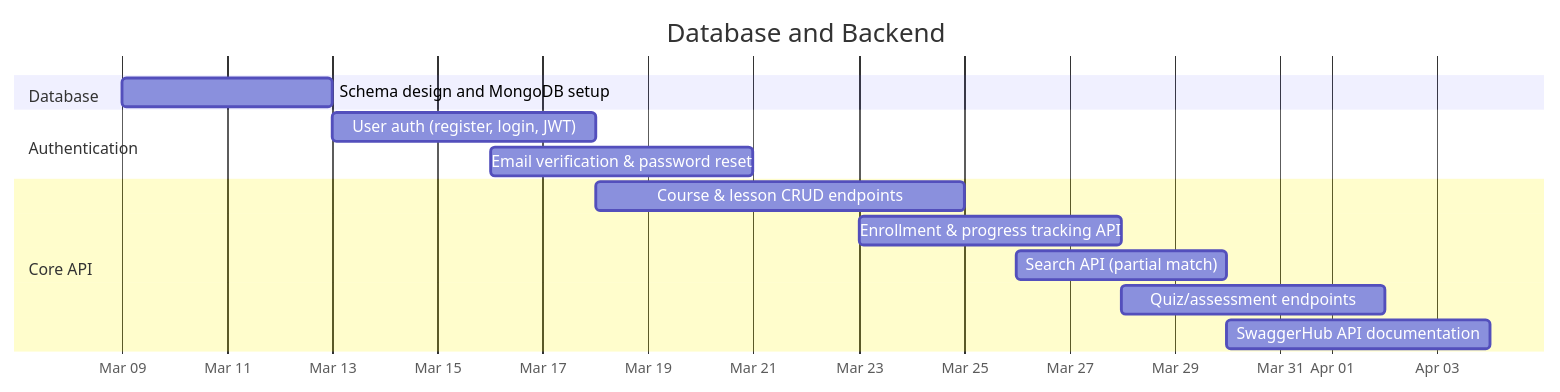
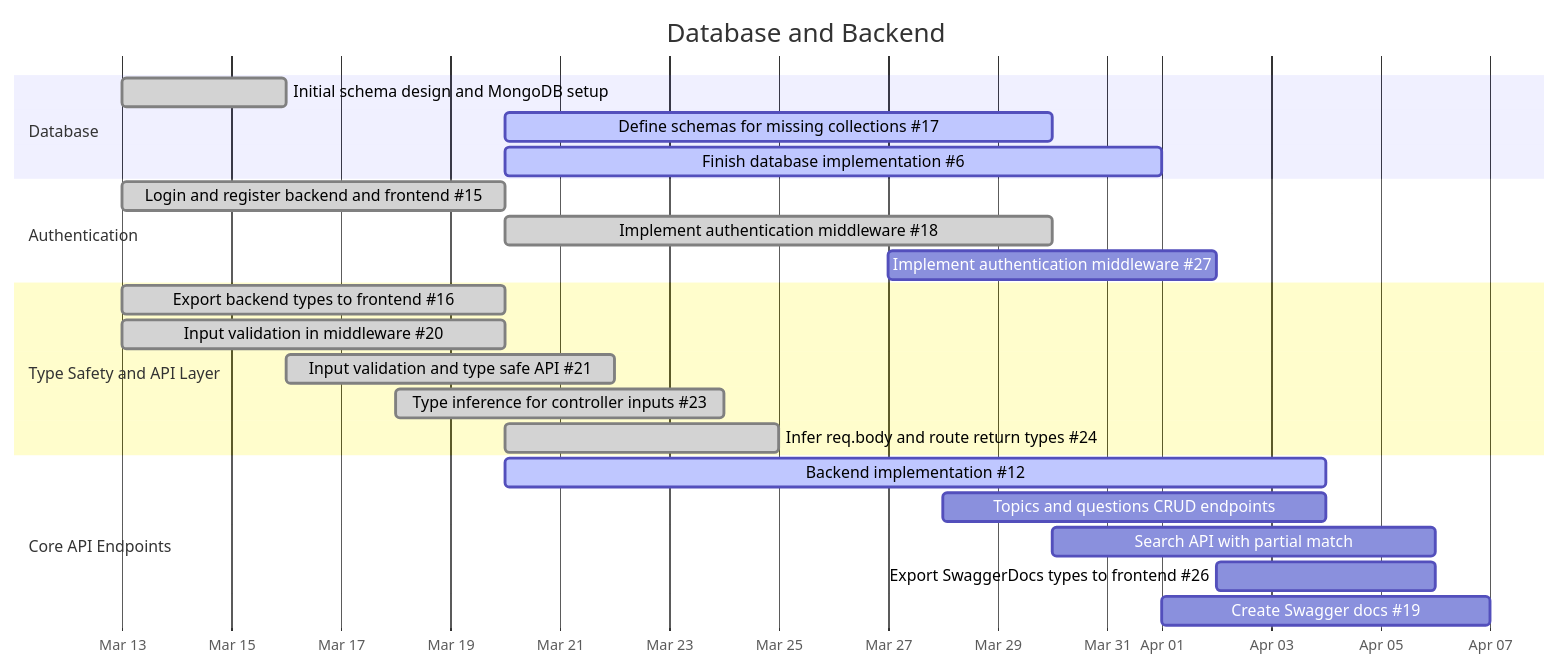
One commit to LuizGomes56/poosd_final_project changed the second of 7 diagrams in GANTT.md. Above: the diagram before and after it, drawn with Mermaid. The commit also changed other lines of this file, not shown here.

Commit message:
updated gantt chart

````diff
--- a/GANTT.md
+++ b/GANTT.md
@@ -31,20 +45,30 @@
 ```mermaid
 gantt
     title Database and Backend
     dateFormat  YYYY-MM-DD
     axisFormat  %b %d
 
     section Database
-    Schema design and MongoDB setup      :        db1, 2026-03-09, 2026-03-13
+    Initial schema design and MongoDB setup        :done,   db1, 2026-03-13, 2026-03-16
+    Define schemas for missing collections #17     :active, db2, 2026-03-20, 2026-03-30
+    Finish database implementation #6              :active, db3, 2026-03-20, 2026-04-01
 
     section Authentication
-    User auth (register, login, JWT)     :        be1, 2026-03-13, 2026-03-18
-    Email verification & password reset  :        be2, 2026-03-16, 2026-03-21
+    Login and register backend and frontend #15    :done,   be1, 2026-03-13, 2026-03-20
+    Implement authentication middleware #18        :done, be2, 2026-03-20, 2026-03-30
+    Implement authentication middleware #27        :active        be3, 2026-03-27, 2026-04-02
 
-    section Core API
-    Course & lesson CRUD endpoints       :        be3, 2026-03-18, 2026-03-25
-    Enrollment & progress tracking API   :        be4, 2026-03-23, 2026-03-28
-    Search API (partial match)           :        be5, 2026-03-26, 2026-03-30
-    Quiz/assessment endpoints            :        be6, 2026-03-28, 2026-04-02
-    SwaggerHub API documentation         :        be7, 2026-03-30, 2026-04-04
+    section Type Safety and API Layer
+    Export backend types to frontend #16           :done,   ts1, 2026-03-13, 2026-03-20
+    Input validation in middleware #20             :done,   ts2, 2026-03-13, 2026-03-20
+    Input validation and type safe API #21         :done,   ts3, 2026-03-16, 2026-03-22
+    Type inference for controller inputs #23       :done,   ts4, 2026-03-18, 2026-03-24
+    Infer req.body and route return types #24      :done,   ts5, 2026-03-20, 2026-03-25
+
+    section Core API Endpoints
+    Backend implementation #12                    :active, be4, 2026-03-20, 2026-04-04
+    Topics and questions CRUD endpoints            :        be5, 2026-03-28, 2026-04-04
+    Search API with partial match                  :        be6, 2026-03-30, 2026-04-06
+    Export SwaggerDocs types to frontend #26       :        be7, 2026-04-02, 2026-04-06
+    Create Swagger docs #19                        :        be8, 2026-04-01, 2026-04-07
 ```
````
